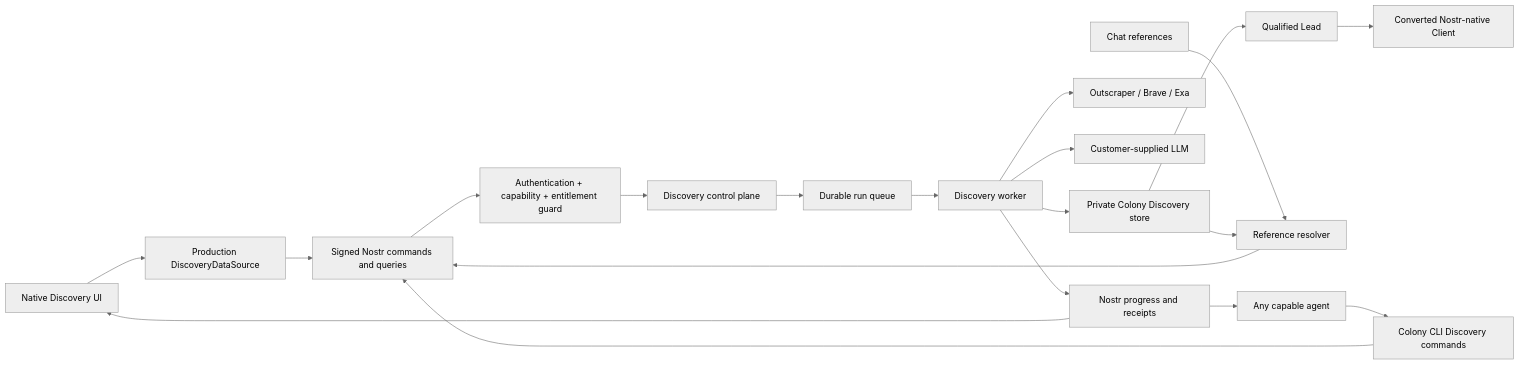
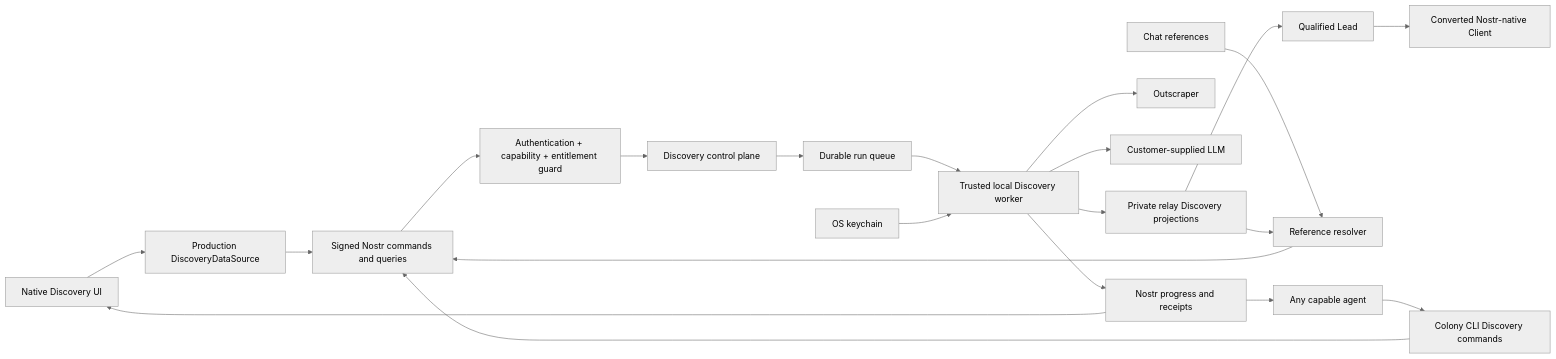
Before and after one commit to AI-Native-Ventures/Colony: the diagram in docs/superpowers/specs/2026-08-02-colony-discovery-production-phase-one-design.md, drawn with Mermaid (neutral theme). The commit also changed other lines of this file and 1 other file, not shown here.

Commit message:
docs(discovery): design local Outscraper slice

````diff
--- a/docs/superpowers/specs/2026-08-02-colony-discovery-production-phase-one-design.md
+++ b/docs/superpowers/specs/2026-08-02-colony-discovery-production-phase-one-design.md
@@ -237,27 +242,28 @@
 ```mermaid
 flowchart LR
     UI["Native Discovery UI"] --> Adapter["Production DiscoveryDataSource"]
     Agent["Any capable agent"] --> CLI["Colony CLI Discovery commands"]
     Chat["Chat references"] --> Resolver["Reference resolver"]
 
     Adapter --> Nostr["Signed Nostr commands and queries"]
     CLI --> Nostr
     Resolver --> Nostr
 
     Nostr --> Guard["Authentication + capability + entitlement guard"]
     Guard --> Control["Discovery control plane"]
     Control --> Queue["Durable run queue"]
-    Queue --> Worker["Discovery worker"]
+    Queue --> Worker["Trusted local Discovery worker"]
 
-    Worker --> Sources["Outscraper / Brave / Exa"]
+    Keychain["OS keychain"] --> Worker
+    Worker --> Sources["Outscraper"]
     Worker --> LLM["Customer-supplied LLM"]
-    Worker --> Store["Private Colony Discovery store"]
+    Worker --> Store["Private relay Discovery projections"]
     Worker --> Progress["Nostr progress and receipts"]
 
     Progress --> UI
     Progress --> Agent
     Store --> Resolver
 
     Store --> Lead["Qualified Lead"]
     Lead --> Client["Converted Nostr-native Client"]
 ```
````
